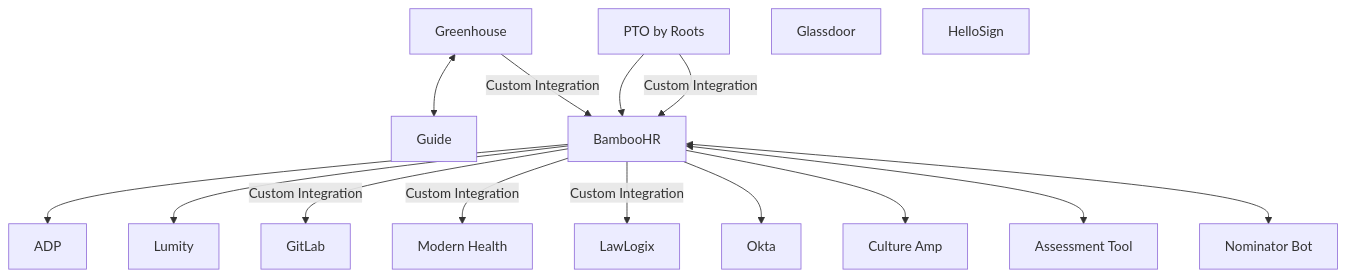
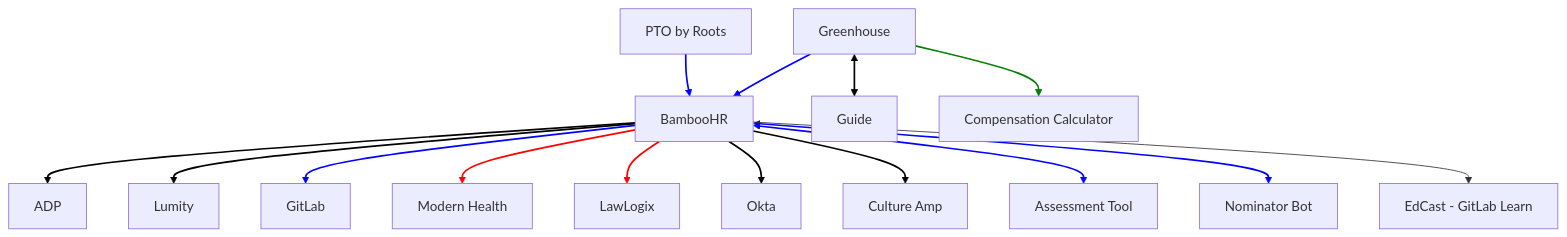
Before and after one commit to secretstartups/handbook: the diagram in people-group/systems-architecture/index.html.md, drawn with Mermaid.

Commit message:
Update with color system

````diff
--- a/people-group/systems-architecture/index.html.md
+++ b/people-group/systems-architecture/index.html.md
@@ -17,35 +17,50 @@
 ```mermaid
 flowchart TD
     A[Greenhouse]
     B[BambooHR]
     C[GitLab]
     D[Modern Health]
     E[PTO by Roots]
     F[LawLogix]
     G[Okta]
     H[Culture Amp]
     I[Assessment Tool]
     J[Nominator Bot]
     K[Guide]
-    L[Glassdoor]
-    M[HelloSign]
+    L[EdCast - GitLab Learn]
     N[ADP]
     O[Lumity]
+    P[Compensation Calculator]
+
+    A --> P 
+    linkStyle 0 stroke-width:2px,fill:none,stroke:green;
+    A <--> K
+    linkStyle 1 stroke-width:2px,fill:none,stroke:black;
 
     B --> N
+    linkStyle 2 stroke-width:2px,fill:none,stroke:black;
     B --> O
-
-    A <--> K
-    A -->|Custom Integration| B
-    B --> |Custom Integration| C
-    B --> |Custom Integration| D
-    B --> |Custom Integration| F
+    linkStyle 3 stroke-width:2px,fill:none,stroke:black;
+    A --> B
+    linkStyle 4 stroke-width:2px,fill:none,stroke:blue;
+    B --> C
+    linkStyle 5 stroke-width:2px,fill:none,stroke:blue;
+    B --> D
+    linkStyle 6 stroke-width:2px,fill:none,stroke:red;
+    B --> F
+    linkStyle 7 stroke-width:2px,fill:none,stroke:red;
     B --> G
+    linkStyle 8 stroke-width:2px,fill:none,stroke:black;
     B --> H
+    linkStyle 9 stroke-width:2px,fill:none,stroke:black;
     B <--> I
+    linkStyle 10 stroke-width:2px,fill:none,stroke:blue;
     B <--> J
-  
+    linkStyle 11 stroke-width:2px,fill:none,stroke:blue;
 
     E --> B
-    E --> |Custom Integration| B
+    linkStyle 12 stroke-width:2px,fill:none,stroke:blue;
+    
+    B --> L
+
 ```
````
